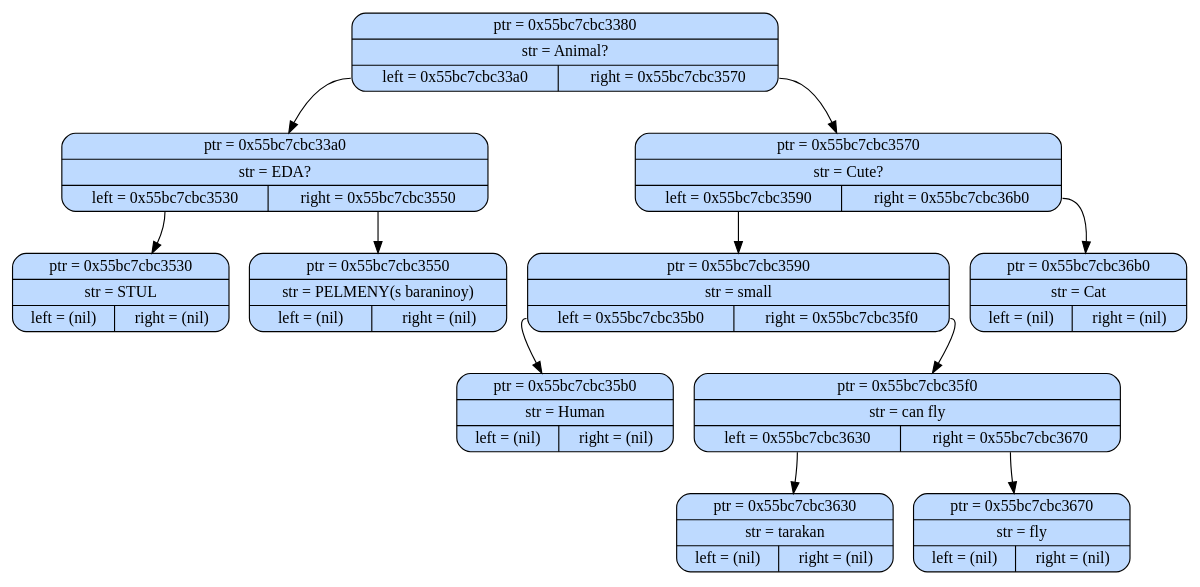
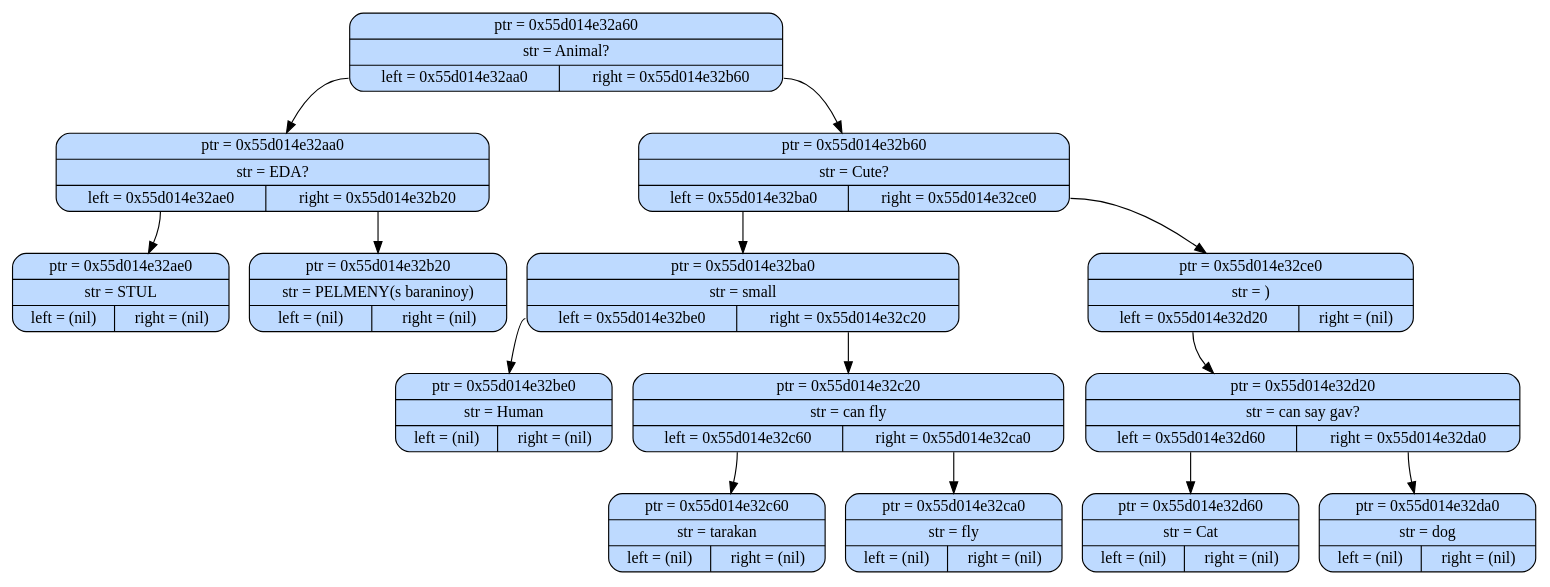
The diagram in tree.dot (Vodyanoy-Q/Akinator), drawn with Graphviz before and after one commit. The commit also changed 12 other files, not shown here.

```diff
--- a/tree.dot
+++ b/tree.dot
@@ -1,34 +1,43 @@
 digraph {
-    node0x55bc7cbc3380 [shape = "Mrecord",  label=" {ptr = 0x55bc7cbc3380 | str = Animal? | {<f0> left = 0x55bc7cbc33a0 | <f1> right = 0x55bc7cbc3570}} ", style="filled", fillcolor="#BEDAFF"]
-    node0x55bc7cbc3380:<f0> -> node0x55bc7cbc33a0
-    node0x55bc7cbc3380:<f1> -> node0x55bc7cbc3570
+    node0x55d014e32a60 [shape = "Mrecord",  label=" {ptr = 0x55d014e32a60 | str = Animal? | {<f0> left = 0x55d014e32aa0 | <f1> right = 0x55d014e32b60}} ", style="filled", fillcolor="#BEDAFF"]
+    node0x55d014e32a60:<f0> -> node0x55d014e32aa0
+    node0x55d014e32a60:<f1> -> node0x55d014e32b60
 
-    node0x55bc7cbc33a0 [shape = "Mrecord",  label=" {ptr = 0x55bc7cbc33a0 | str = EDA? | {<f0> left = 0x55bc7cbc3530 | <f1> right = 0x55bc7cbc3550}} ", style="filled", fillcolor="#BEDAFF"]
-    node0x55bc7cbc33a0:<f0> -> node0x55bc7cbc3530
-    node0x55bc7cbc33a0:<f1> -> node0x55bc7cbc3550
+    node0x55d014e32aa0 [shape = "Mrecord",  label=" {ptr = 0x55d014e32aa0 | str = EDA? | {<f0> left = 0x55d014e32ae0 | <f1> right = 0x55d014e32b20}} ", style="filled", fillcolor="#BEDAFF"]
+    node0x55d014e32aa0:<f0> -> node0x55d014e32ae0
+    node0x55d014e32aa0:<f1> -> node0x55d014e32b20
 
-    node0x55bc7cbc3530 [shape = "Mrecord",  label=" {ptr = 0x55bc7cbc3530 | str = STUL | {<f0> left = (nil) | <f1> right = (nil)}} ", style="filled", fillcolor="#BEDAFF"]
+    node0x55d014e32ae0 [shape = "Mrecord",  label=" {ptr = 0x55d014e32ae0 | str = STUL | {<f0> left = (nil) | <f1> right = (nil)}} ", style="filled", fillcolor="#BEDAFF"]
 
-    node0x55bc7cbc3550 [shape = "Mrecord",  label=" {ptr = 0x55bc7cbc3550 | str = PELMENY(s baraninoy) | {<f0> left = (nil) | <f1> right = (nil)}} ", style="filled", fillcolor="#BEDAFF"]
+    node0x55d014e32b20 [shape = "Mrecord",  label=" {ptr = 0x55d014e32b20 | str = PELMENY(s baraninoy) | {<f0> left = (nil) | <f1> right = (nil)}} ", style="filled", fillcolor="#BEDAFF"]
 
-    node0x55bc7cbc3570 [shape = "Mrecord",  label=" {ptr = 0x55bc7cbc3570 | str = Cute? | {<f0> left = 0x55bc7cbc3590 | <f1> right = 0x55bc7cbc36b0}} ", style="filled", fillcolor="#BEDAFF"]
-    node0x55bc7cbc3570:<f0> -> node0x55bc7cbc3590
-    node0x55bc7cbc3570:<f1> -> node0x55bc7cbc36b0
+    node0x55d014e32b60 [shape = "Mrecord",  label=" {ptr = 0x55d014e32b60 | str = Cute? | {<f0> left = 0x55d014e32ba0 | <f1> right = 0x55d014e32ce0}} ", style="filled", fillcolor="#BEDAFF"]
+    node0x55d014e32b60:<f0> -> node0x55d014e32ba0
+    node0x55d014e32b60:<f1> -> node0x55d014e32ce0
 
-    node0x55bc7cbc3590 [shape = "Mrecord",  label=" {ptr = 0x55bc7cbc3590 | str = small | {<f0> left = 0x55bc7cbc35b0 | <f1> right = 0x55bc7cbc35f0}} ", style="filled", fillcolor="#BEDAFF"]
-    node0x55bc7cbc3590:<f0> -> node0x55bc7cbc35b0
-    node0x55bc7cbc3590:<f1> -> node0x55bc7cbc35f0
+    node0x55d014e32ba0 [shape = "Mrecord",  label=" {ptr = 0x55d014e32ba0 | str = small | {<f0> left = 0x55d014e32be0 | <f1> right = 0x55d014e32c20}} ", style="filled", fillcolor="#BEDAFF"]
+    node0x55d014e32ba0:<f0> -> node0x55d014e32be0
+    node0x55d014e32ba0:<f1> -> node0x55d014e32c20
 
-    node0x55bc7cbc35b0 [shape = "Mrecord",  label=" {ptr = 0x55bc7cbc35b0 | str = Human | {<f0> left = (nil) | <f1> right = (nil)}} ", style="filled", fillcolor="#BEDAFF"]
+    node0x55d014e32be0 [shape = "Mrecord",  label=" {ptr = 0x55d014e32be0 | str = Human | {<f0> left = (nil) | <f1> right = (nil)}} ", style="filled", fillcolor="#BEDAFF"]
 
-    node0x55bc7cbc35f0 [shape = "Mrecord",  label=" {ptr = 0x55bc7cbc35f0 | str = can fly | {<f0> left = 0x55bc7cbc3630 | <f1> right = 0x55bc7cbc3670}} ", style="filled", fillcolor="#BEDAFF"]
-    node0x55bc7cbc35f0:<f0> -> node0x55bc7cbc3630
-    node0x55bc7cbc35f0:<f1> -> node0x55bc7cbc3670
+    node0x55d014e32c20 [shape = "Mrecord",  label=" {ptr = 0x55d014e32c20 | str = can fly | {<f0> left = 0x55d014e32c60 | <f1> right = 0x55d014e32ca0}} ", style="filled", fillcolor="#BEDAFF"]
+    node0x55d014e32c20:<f0> -> node0x55d014e32c60
+    node0x55d014e32c20:<f1> -> node0x55d014e32ca0
 
-    node0x55bc7cbc3630 [shape = "Mrecord",  label=" {ptr = 0x55bc7cbc3630 | str = tarakan | {<f0> left = (nil) | <f1> right = (nil)}} ", style="filled", fillcolor="#BEDAFF"]
+    node0x55d014e32c60 [shape = "Mrecord",  label=" {ptr = 0x55d014e32c60 | str = tarakan | {<f0> left = (nil) | <f1> right = (nil)}} ", style="filled", fillcolor="#BEDAFF"]
 
-    node0x55bc7cbc3670 [shape = "Mrecord",  label=" {ptr = 0x55bc7cbc3670 | str = fly | {<f0> left = (nil) | <f1> right = (nil)}} ", style="filled", fillcolor="#BEDAFF"]
+    node0x55d014e32ca0 [shape = "Mrecord",  label=" {ptr = 0x55d014e32ca0 | str = fly | {<f0> left = (nil) | <f1> right = (nil)}} ", style="filled", fillcolor="#BEDAFF"]
 
-    node0x55bc7cbc36b0 [shape = "Mrecord",  label=" {ptr = 0x55bc7cbc36b0 | str = Cat | {<f0> left = (nil) | <f1> right = (nil)}} ", style="filled", fillcolor="#BEDAFF"]
+    node0x55d014e32ce0 [shape = "Mrecord",  label=" {ptr = 0x55d014e32ce0 | str = ) | {<f0> left = 0x55d014e32d20 | <f1> right = (nil)}} ", style="filled", fillcolor="#BEDAFF"]
+    node0x55d014e32ce0:<f0> -> node0x55d014e32d20
+
+    node0x55d014e32d20 [shape = "Mrecord",  label=" {ptr = 0x55d014e32d20 | str = can say gav? | {<f0> left = 0x55d014e32d60 | <f1> right = 0x55d014e32da0}} ", style="filled", fillcolor="#BEDAFF"]
+    node0x55d014e32d20:<f0> -> node0x55d014e32d60
+    node0x55d014e32d20:<f1> -> node0x55d014e32da0
+
+    node0x55d014e32d60 [shape = "Mrecord",  label=" {ptr = 0x55d014e32d60 | str = Cat | {<f0> left = (nil) | <f1> right = (nil)}} ", style="filled", fillcolor="#BEDAFF"]
+
+    node0x55d014e32da0 [shape = "Mrecord",  label=" {ptr = 0x55d014e32da0 | str = dog | {<f0> left = (nil) | <f1> right = (nil)}} ", style="filled", fillcolor="#BEDAFF"]
 
 }
```
